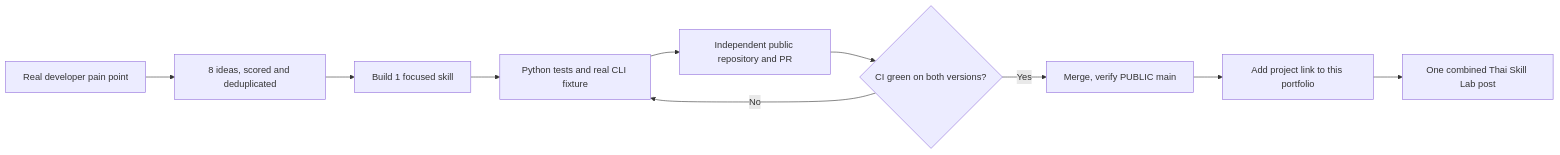
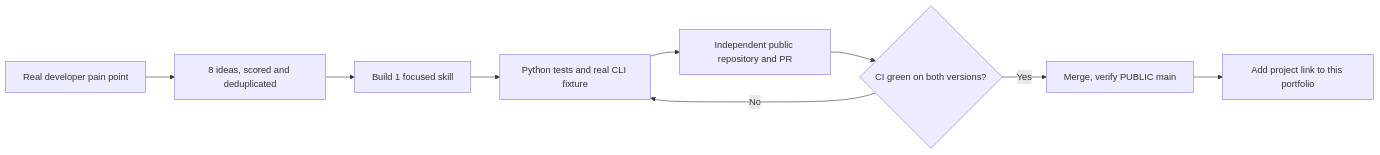
The diagram in README.md (Kanompung1988/agent-skills), drawn with Mermaid before and after one commit. The commit also changed other lines of this file and 4 other files, not shown here.

Commit message:
docs: release EP.02 index and enforce Skill Lab social pause

````diff
--- a/README.md
+++ b/README.md
@@ -73,12 +91,11 @@
 ```mermaid
 flowchart LR
     A[Real developer pain point] --> B[8 ideas, scored and deduplicated]
     B --> C[Build 1 focused skill]
     C --> D[Python tests and real CLI fixture]
     D --> E[Independent public repository and PR]
     E --> F{CI green on both versions?}
     F -->|No| D
     F -->|Yes| G[Merge, verify PUBLIC main]
     G --> H[Add project link to this portfolio]
-    H --> I[One combined Thai Skill Lab post]
 ```
````
